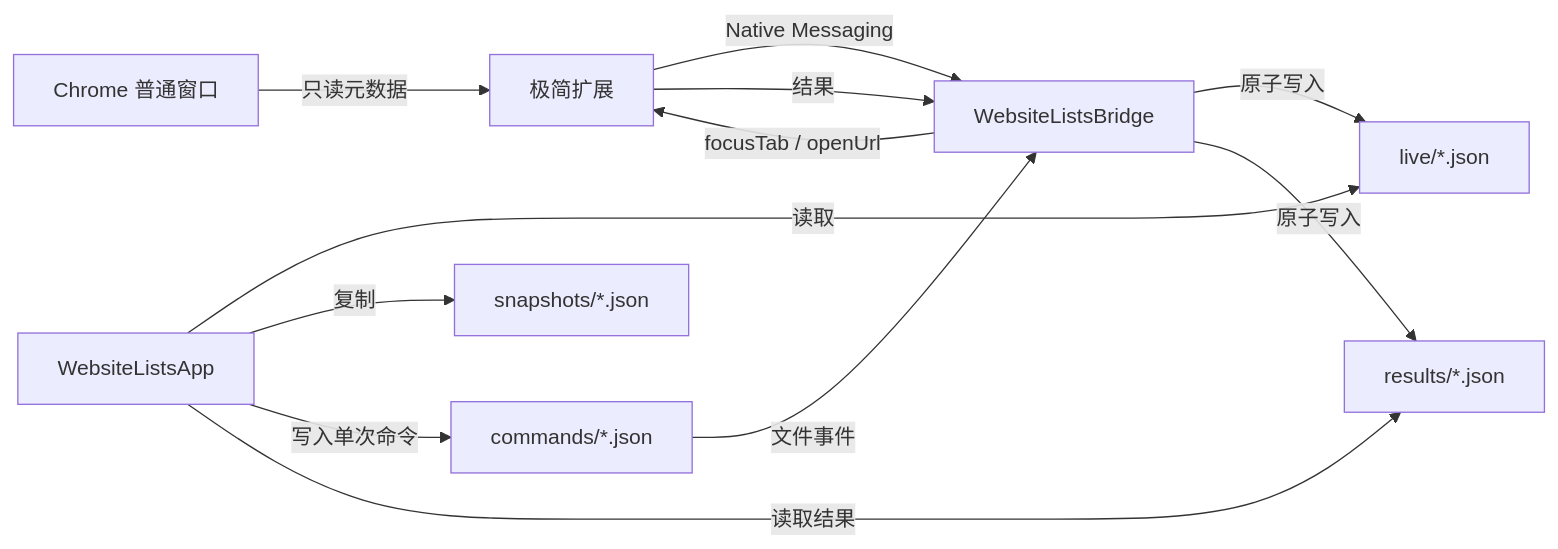
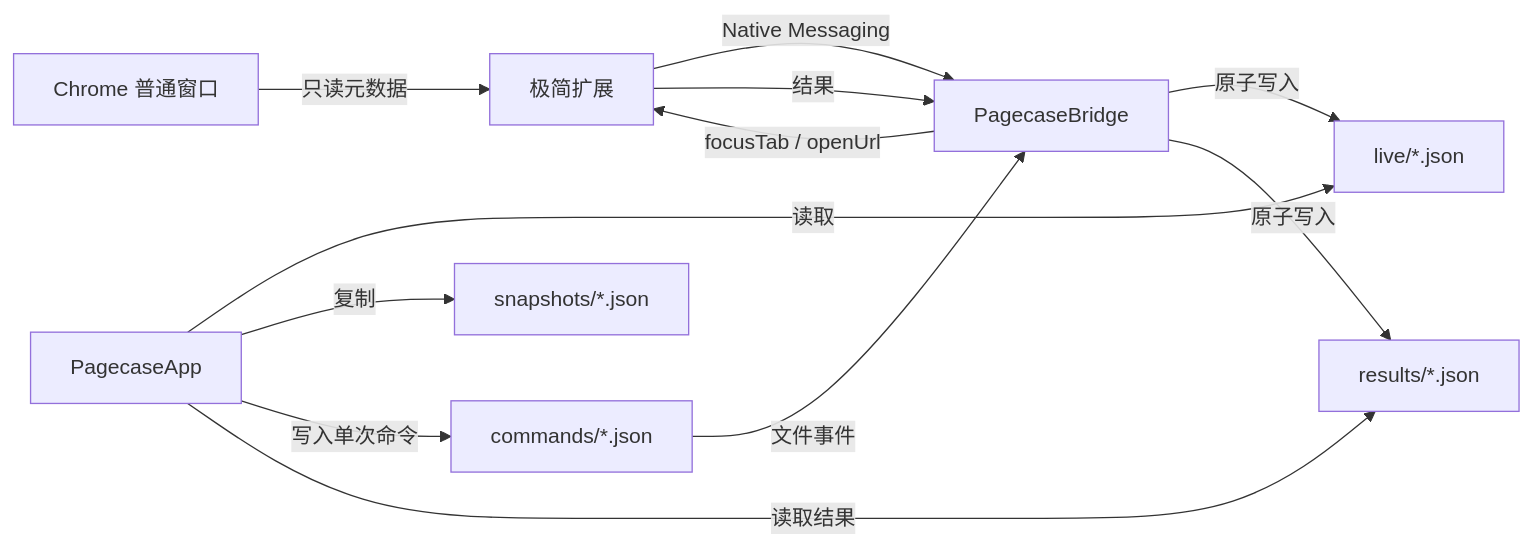
Before and after one commit to zaynzhu/Pagecase: the diagram in docs/ARCHITECTURE.md, drawn with Mermaid. The commit also changed other lines of this file and 6 other files, not shown here.

````diff
--- a/docs/ARCHITECTURE.md
+++ b/docs/ARCHITECTURE.md
@@ -15,14 +15,14 @@
 ```mermaid
 flowchart LR
     C["Chrome 普通窗口"] -->|"只读元数据"| E["极简扩展"]
-    E -->|"Native Messaging"| B["WebsiteListsBridge"]
+    E -->|"Native Messaging"| B["PagecaseBridge"]
     B -->|"原子写入"| L["live/*.json"]
-    A["WebsiteListsApp"] -->|"读取"| L
+    A["PagecaseApp"] -->|"读取"| L
     A -->|"复制"| S["snapshots/*.json"]
     A -->|"写入单次命令"| Q["commands/*.json"]
     Q -->|"文件事件"| B
     B -->|"focusTab / openUrl"| E
     E -->|"结果"| B
     B -->|"原子写入"| R["results/*.json"]
     A -->|"读取结果"| R
 ```
````
